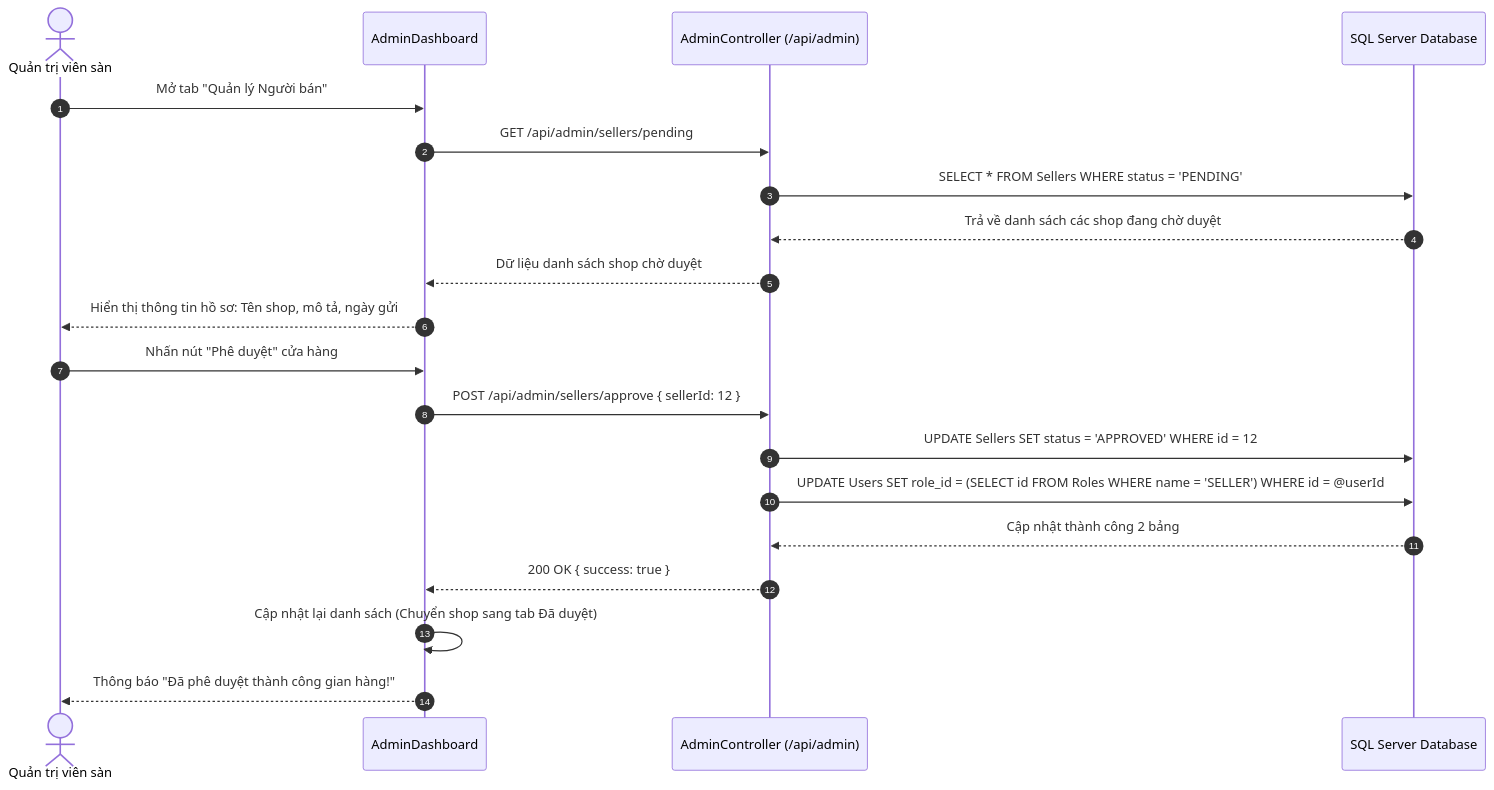
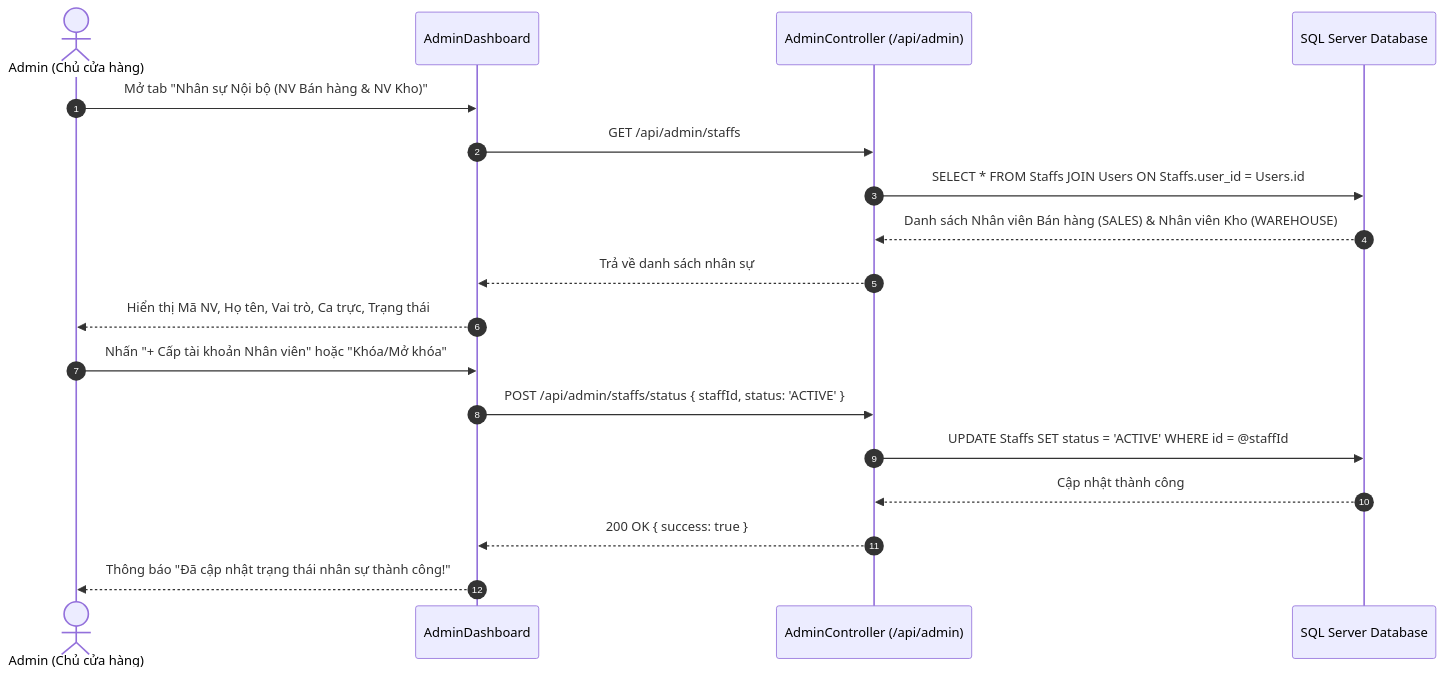
One commit to Khanhack11/-ng-d-ng-AI changed diagram 19 of 20 in docs/SRS_SZSHOP_SPECIFICATION.md. Above: the diagram before and after it, drawn with Mermaid. The commit also changed other lines of this file and 53 other files, not shown here.

````diff
--- a/docs/SRS_SZSHOP_SPECIFICATION.md
+++ b/docs/SRS_SZSHOP_SPECIFICATION.md
@@ -964,23 +952,21 @@
 ```mermaid
 sequenceDiagram
     autonumber
-    actor Admin as Quản trị viên sàn
+    actor Admin as Admin (Chủ cửa hàng)
     participant Dashboard as AdminDashboard
     participant Controller as AdminController (/api/admin)
     participant DB as SQL Server Database
 
-    Admin->>Dashboard: Mở tab "Quản lý Người bán"
-    Dashboard->>Controller: GET /api/admin/sellers/pending
-    Controller->>DB: SELECT * FROM Sellers WHERE status = 'PENDING'
-    DB-->>Controller: Trả về danh sách các shop đang chờ duyệt
-    Controller-->>Dashboard: Dữ liệu danh sách shop chờ duyệt
-    Dashboard-->>Admin: Hiển thị thông tin hồ sơ: Tên shop, mô tả, ngày gửi
-    Admin->>Dashboard: Nhấn nút "Phê duyệt" cửa hàng
-    Dashboard->>Controller: POST /api/admin/sellers/approve { sellerId: 12 }
-    Controller->>DB: UPDATE Sellers SET status = 'APPROVED' WHERE id = 12
-    Controller->>DB: UPDATE Users SET role_id = (SELECT id FROM Roles WHERE name = 'SELLER') WHERE id = @userId
-    DB-->>Controller: Cập nhật thành công 2 bảng
+    Admin->>Dashboard: Mở tab "Nhân sự Nội bộ (NV Bán hàng & NV Kho)"
+    Dashboard->>Controller: GET /api/admin/staffs
+    Controller->>DB: SELECT * FROM Staffs JOIN Users ON Staffs.user_id = Users.id
+    DB-->>Controller: Danh sách Nhân viên Bán hàng (SALES) & Nhân viên Kho (WAREHOUSE)
+    Controller-->>Dashboard: Trả về danh sách nhân sự
+    Dashboard-->>Admin: Hiển thị Mã NV, Họ tên, Vai trò, Ca trực, Trạng thái
+    Admin->>Dashboard: Nhấn "+ Cấp tài khoản Nhân viên" hoặc "Khóa/Mở khóa"
+    Dashboard->>Controller: POST /api/admin/staffs/status { staffId, status: 'ACTIVE' }
+    Controller->>DB: UPDATE Staffs SET status = 'ACTIVE' WHERE id = @staffId
+    DB-->>Controller: Cập nhật thành công
     Controller-->>Dashboard: 200 OK { success: true }
-    Dashboard->>Dashboard: Cập nhật lại danh sách (Chuyển shop sang tab Đã duyệt)
-    Dashboard-->>Admin: Thông báo "Đã phê duyệt thành công gian hàng!"
+    Dashboard-->>Admin: Thông báo "Đã cập nhật trạng thái nhân sự thành công!"
 ```
````
